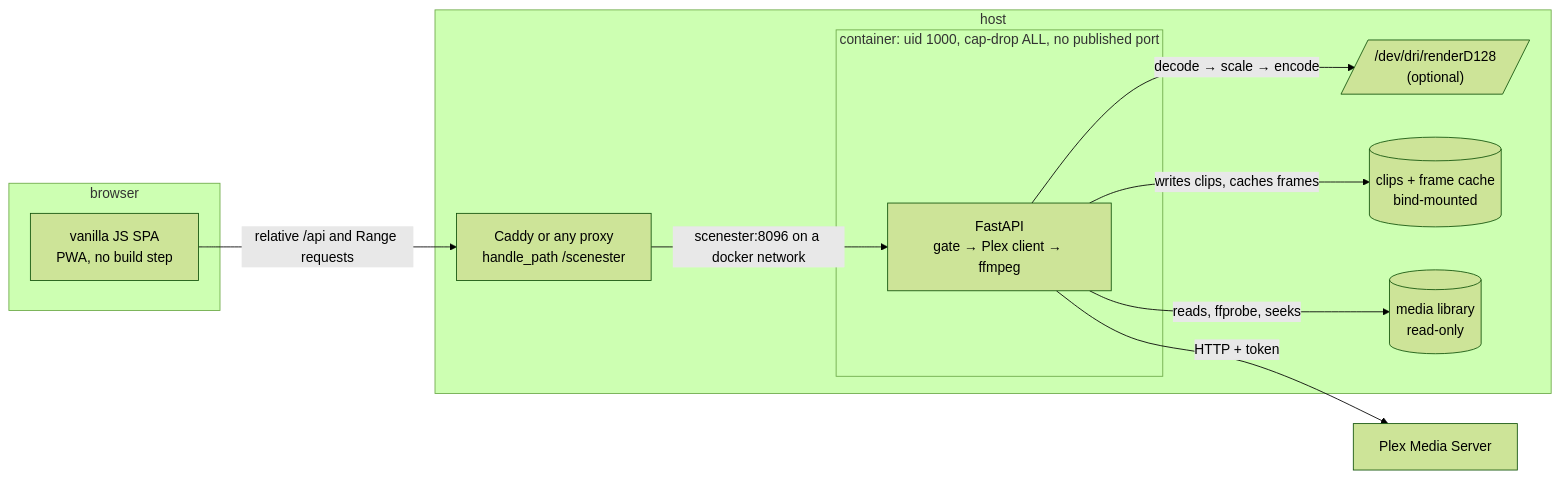
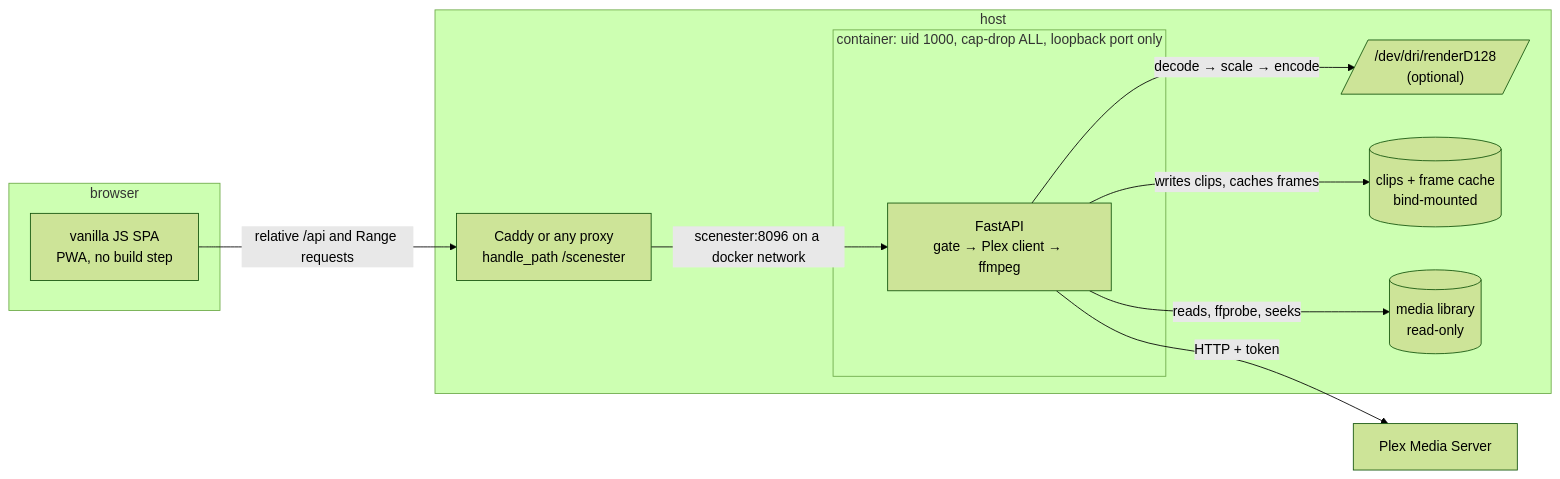
The diagram in README.md (vacuumboots/scenester), drawn with Mermaid (forest theme) before and after one commit. The commit also changed other lines of this file, not shown here.

````diff
--- a/README.md
+++ b/README.md
@@ -80,25 +93,25 @@
 ```mermaid
 flowchart LR
   subgraph browser
     UI["vanilla JS SPA<br/>PWA, no build step"]
   end
 
   subgraph host
     PX["Caddy or any proxy<br/>handle_path /scenester"]
-    subgraph container["container: uid 1000, cap-drop ALL, no published port"]
+    subgraph container["container: uid 1000, cap-drop ALL, loopback port only"]
       API["FastAPI<br/>gate → Plex client → ffmpeg"]
     end
     GPU[/"/dev/dri/renderD128<br/>(optional)"/]
     CACHE[("clips + frame cache<br/>bind-mounted")]
     MEDIA[("media library<br/>read-only")]
   end
 
   PLEX["Plex Media Server"]
 
   UI -->|"relative /api and Range requests"| PX
   PX -->|"scenester:8096 on a docker network"| API
   API -->|"HTTP + token"| PLEX
   API -->|"decode → scale → encode"| GPU
   API -->|"reads, ffprobe, seeks"| MEDIA
   API -->|"writes clips, caches frames"| CACHE
 ```
````
